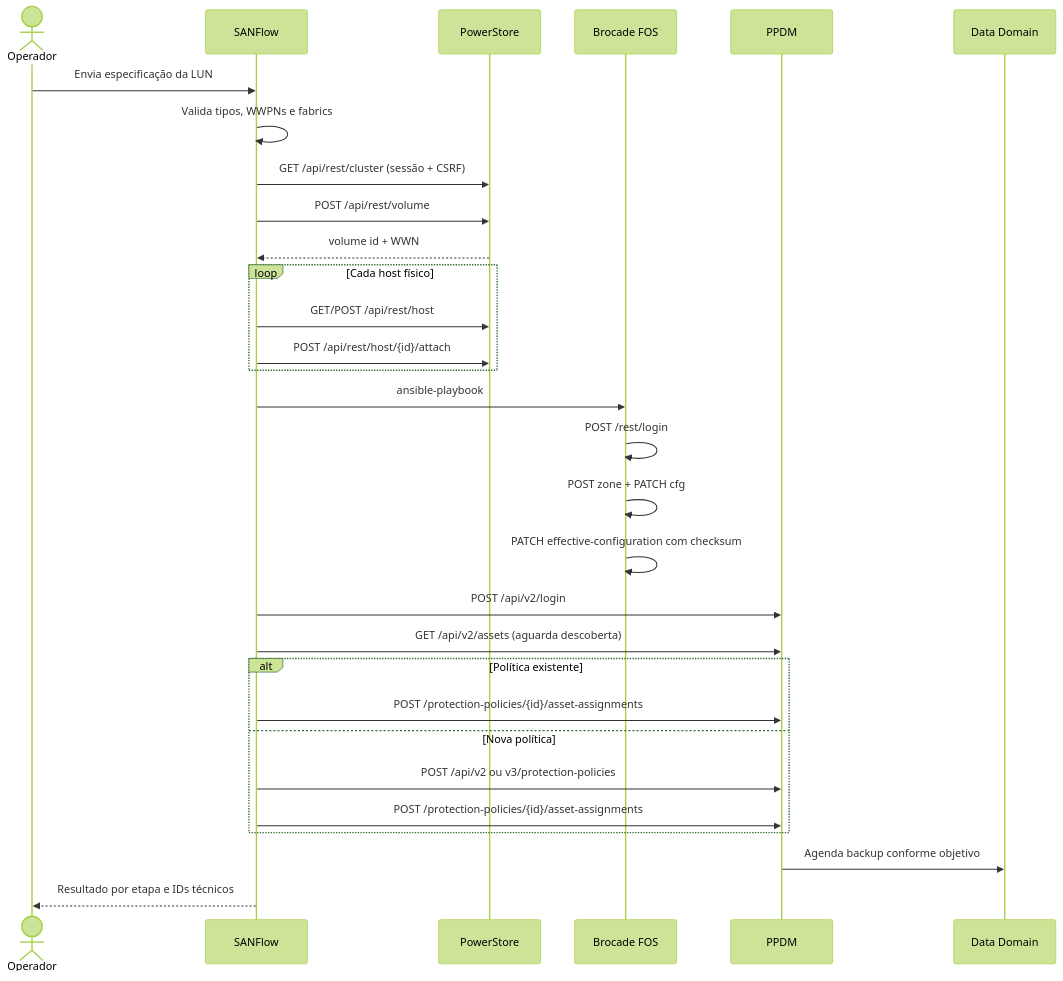
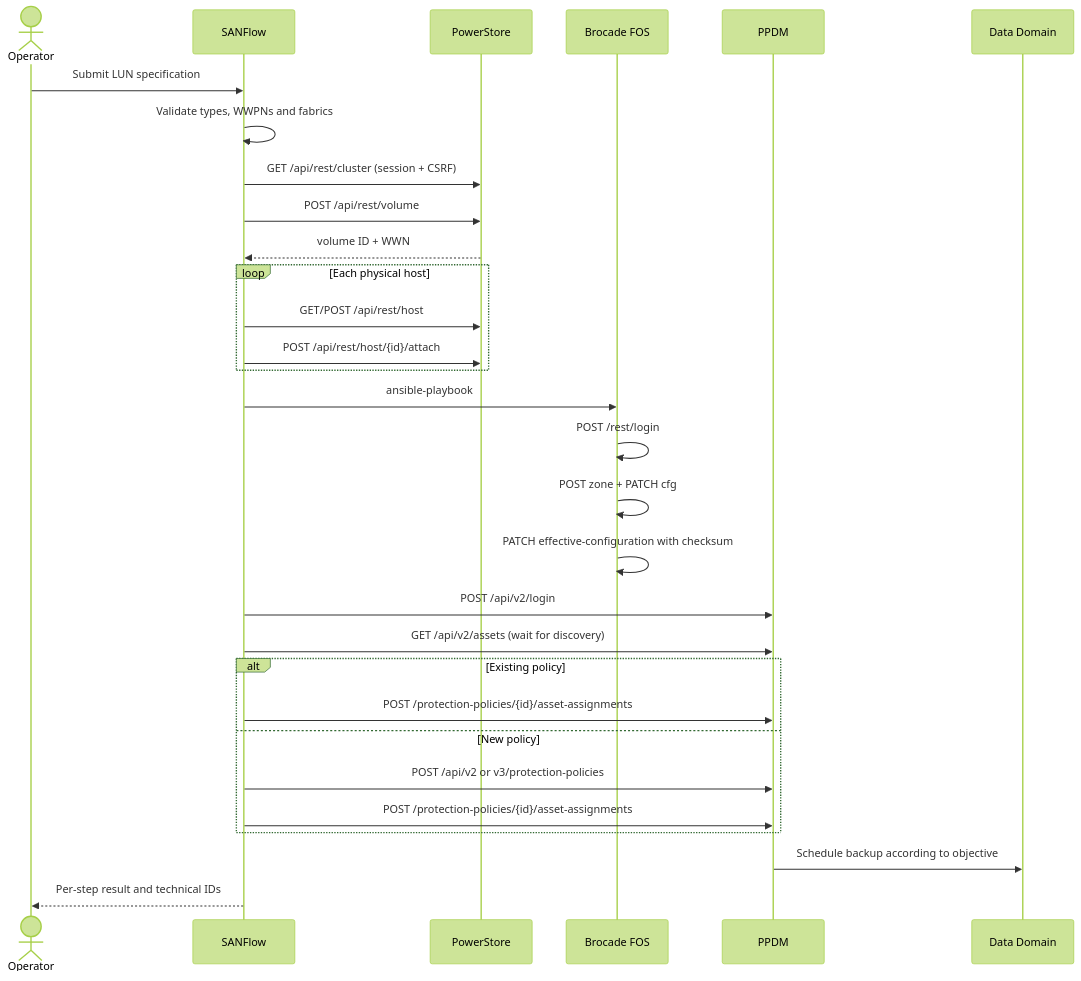
The second of 5 diagrams in README.md (AlessandroDaudt/Dell-PPDM-PowerStore), drawn with Mermaid (forest theme) before and after one commit. The commit also changed other lines of this file and 9 other files, not shown here.

````diff
--- a/README.md
+++ b/README.md
@@ -25,33 +25,33 @@
 ```mermaid
 sequenceDiagram
-    actor O as Operador
+    actor O as Operator
     participant S as SANFlow
     participant P as PowerStore
     participant B as Brocade FOS
     participant M as PPDM
     participant D as Data Domain
 
-    O->>S: Envia especificação da LUN
-    S->>S: Valida tipos, WWPNs e fabrics
-    S->>P: GET /api/rest/cluster (sessão + CSRF)
+    O->>S: Submit LUN specification
+    S->>S: Validate types, WWPNs and fabrics
+    S->>P: GET /api/rest/cluster (session + CSRF)
     S->>P: POST /api/rest/volume
-    P-->>S: volume id + WWN
-    loop Cada host físico
+    P-->>S: volume ID + WWN
+    loop Each physical host
         S->>P: GET/POST /api/rest/host
         S->>P: POST /api/rest/host/{id}/attach
     end
     S->>B: ansible-playbook
     B->>B: POST /rest/login
     B->>B: POST zone + PATCH cfg
-    B->>B: PATCH effective-configuration com checksum
+    B->>B: PATCH effective-configuration with checksum
     S->>M: POST /api/v2/login
-    S->>M: GET /api/v2/assets (aguarda descoberta)
-    alt Política existente
+    S->>M: GET /api/v2/assets (wait for discovery)
+    alt Existing policy
         S->>M: POST /protection-policies/{id}/asset-assignments
-    else Nova política
-        S->>M: POST /api/v2 ou v3/protection-policies
+    else New policy
+        S->>M: POST /api/v2 or v3/protection-policies
         S->>M: POST /protection-policies/{id}/asset-assignments
     end
-    M->>D: Agenda backup conforme objetivo
-    S-->>O: Resultado por etapa e IDs técnicos
+    M->>D: Schedule backup according to objective
+    S-->>O: Per-step result and technical IDs
 ```
````
